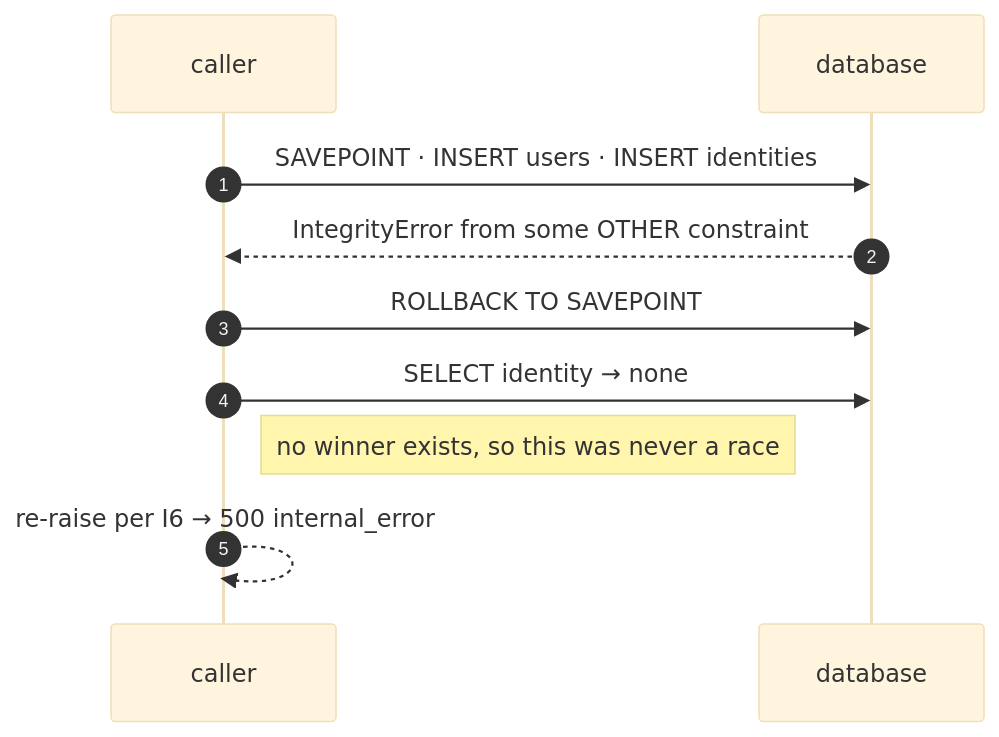
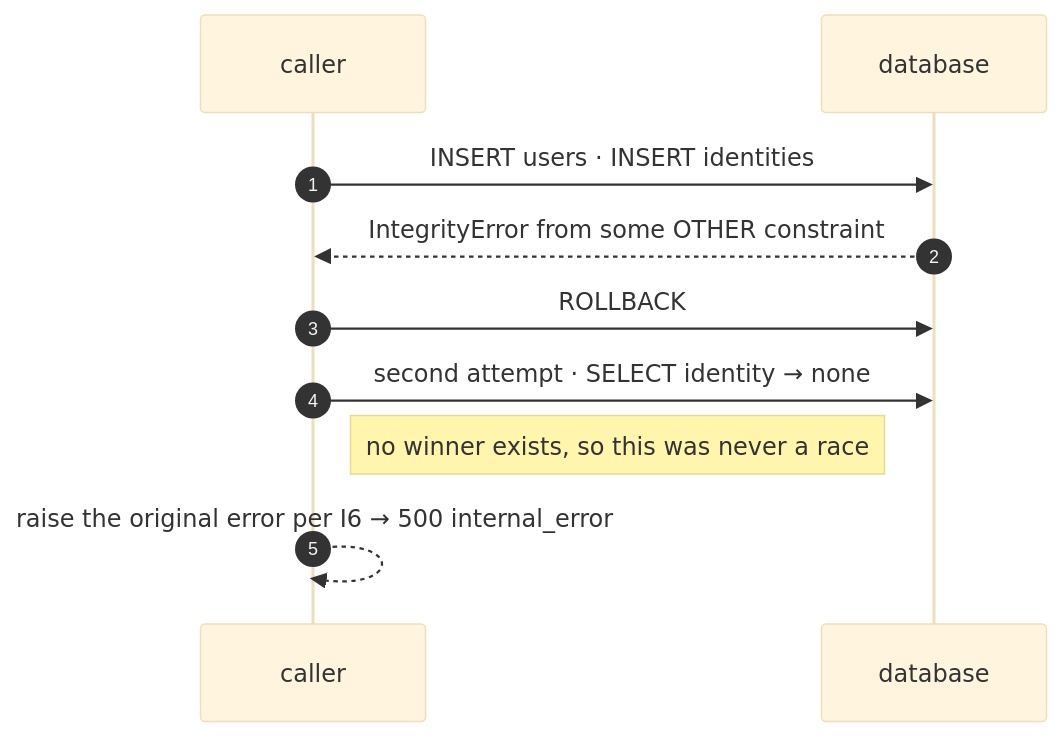
Before and after one commit to greenwichg/random_walks_with_erasure: the third of 3 diagrams in docs/IDENTITY_UPSERT_CONCURRENCY.md, drawn with Mermaid (base theme). The commit also changed other lines of this file and 1 other file, not shown here.

````diff
--- a/docs/IDENTITY_UPSERT_CONCURRENCY.md
+++ b/docs/IDENTITY_UPSERT_CONCURRENCY.md
@@ -240,13 +253,13 @@
 ```mermaid
 sequenceDiagram
     autonumber
     participant T as caller
     participant DB as database
 
-    T->>DB: SAVEPOINT · INSERT users · INSERT identities
+    T->>DB: INSERT users · INSERT identities
     DB-->>T: IntegrityError from some OTHER constraint
-    T->>DB: ROLLBACK TO SAVEPOINT
-    T->>DB: SELECT identity → none
+    T->>DB: ROLLBACK
+    T->>DB: second attempt · SELECT identity → none
     Note right of T: no winner exists, so this was never a race
-    T-->>T: re-raise per I6 → 500 internal_error
+    T-->>T: raise the original error per I6 → 500 internal_error
 ```
````
